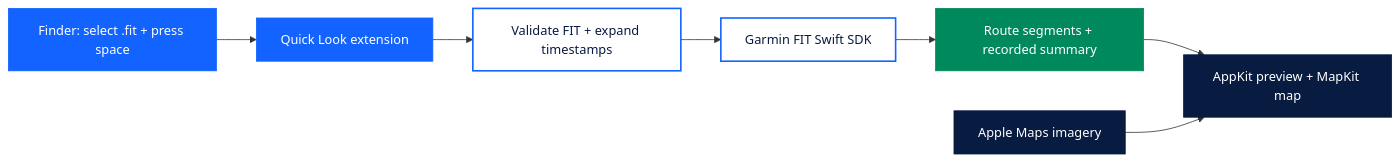
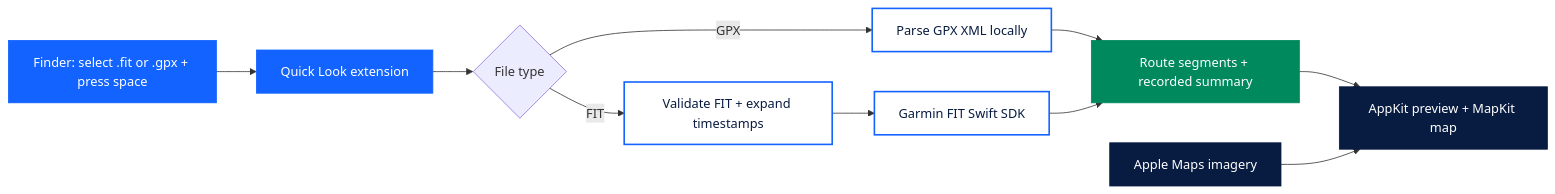
The diagram in README.md (bleeckerj/nfl-fit-file-preview), drawn with Mermaid before and after one commit. The commit also changed other lines of this file and 16 other files, not shown here.

Commit message:
Add GPX tracks and routes to Finder Quick Look previews.

````diff
--- a/README.md
+++ b/README.md
@@ -80,17 +84,20 @@
 ```mermaid
 flowchart LR
-    F["Finder: select .fit + press space"] --> Q["Quick Look extension"]
-    Q --> D["Validate FIT + expand timestamps"]
+    F["Finder: select .fit or .gpx + press space"] --> Q["Quick Look extension"]
+    Q --> T{"File type"}
+    T -->|FIT| D["Validate FIT + expand timestamps"]
+    T -->|GPX| G["Parse GPX XML locally"]
+    G --> R
     D --> S["Garmin FIT Swift SDK"]
     S --> R["Route segments + recorded summary"]
     R --> V["AppKit preview + MapKit map"]
     M["Apple Maps imagery"] --> V
     classDef blue fill:#1263ff,color:#fff,stroke:#1263ff;
     classDef navy fill:#081b41,color:#fff,stroke:#081b41;
     classDef white fill:#fff,color:#081b41,stroke:#1263ff,stroke-width:2px;
     classDef green fill:#00895c,color:#fff,stroke:#00895c;
     class F,Q blue;
-    class D,S white;
+    class D,S,G white;
     class R green;
     class V,M navy;
 ```
````
